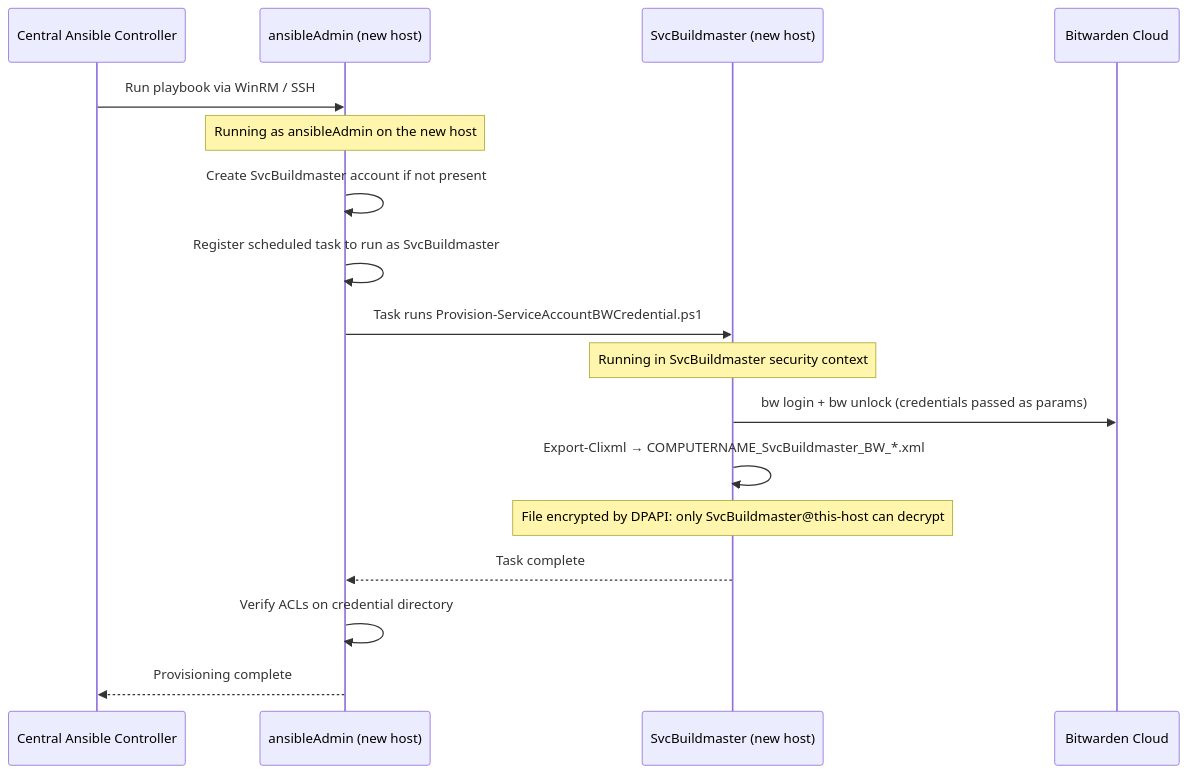
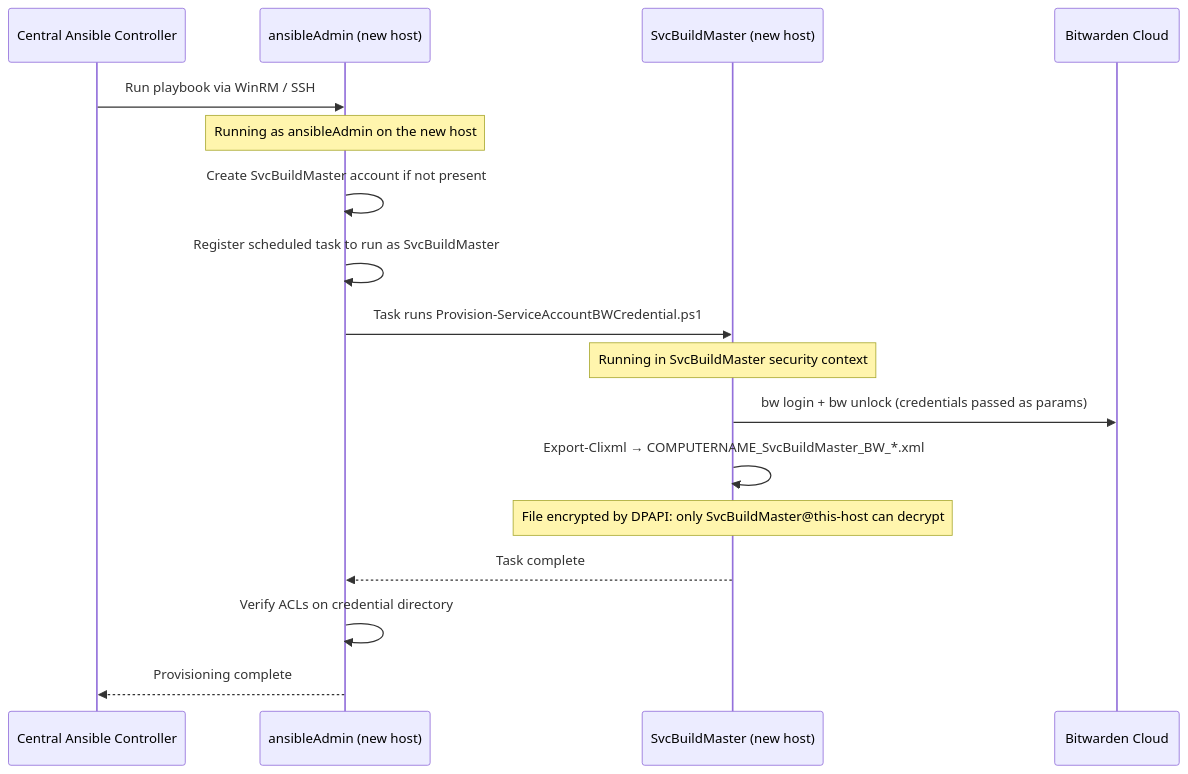
The diagram in SolutionDocumentation/ServiceAccountsAndBitwarden.md (BillHertzing/ATAP.Utilities), drawn with Mermaid before and after one commit. The commit also changed other lines of this file and 923 other files, not shown here.

````diff
--- a/SolutionDocumentation/ServiceAccountsAndBitwarden.md
+++ b/SolutionDocumentation/ServiceAccountsAndBitwarden.md
@@ -373,20 +374,20 @@
 ```mermaid
 sequenceDiagram
     participant AC as Central Ansible Controller
     participant AA as ansibleAdmin (new host)
-    participant SA as SvcBuildmaster (new host)
+    participant SA as SvcBuildMaster (new host)
     participant BW as Bitwarden Cloud
 
     AC->>AA: Run playbook via WinRM / SSH
     Note over AA: Running as ansibleAdmin on the new host
-    AA->>AA: Create SvcBuildmaster account if not present
-    AA->>AA: Register scheduled task to run as SvcBuildmaster
+    AA->>AA: Create SvcBuildMaster account if not present
+    AA->>AA: Register scheduled task to run as SvcBuildMaster
     AA->>SA: Task runs Provision-ServiceAccountBWCredential.ps1
-    Note over SA: Running in SvcBuildmaster security context
+    Note over SA: Running in SvcBuildMaster security context
     SA->>BW: bw login + bw unlock (credentials passed as params)
-    SA->>SA: Export-Clixml → COMPUTERNAME_SvcBuildmaster_BW_*.xml
-    Note over SA: File encrypted by DPAPI: only SvcBuildmaster@this-host can decrypt
+    SA->>SA: Export-Clixml → COMPUTERNAME_SvcBuildMaster_BW_*.xml
+    Note over SA: File encrypted by DPAPI: only SvcBuildMaster@this-host can decrypt
     SA-->>AA: Task complete
     AA->>AA: Verify ACLs on credential directory
     AA-->>AC: Provisioning complete
 ```
````
